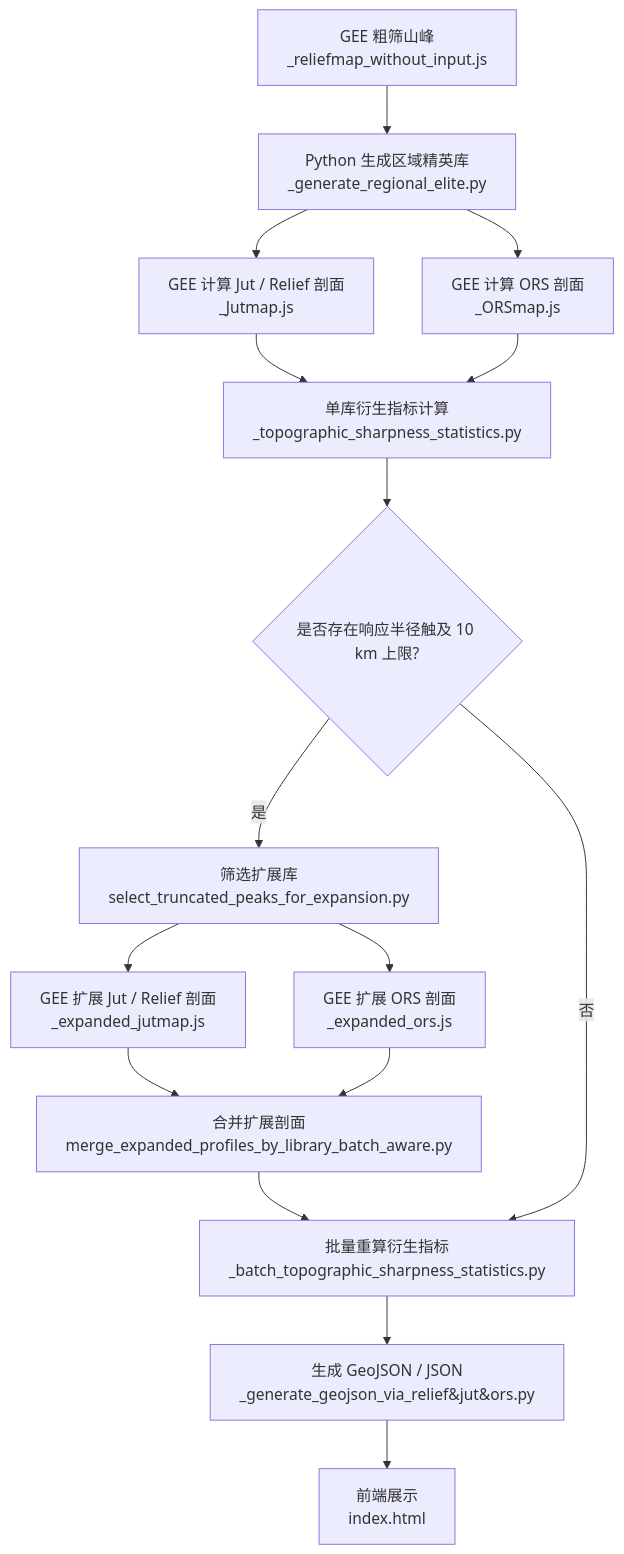
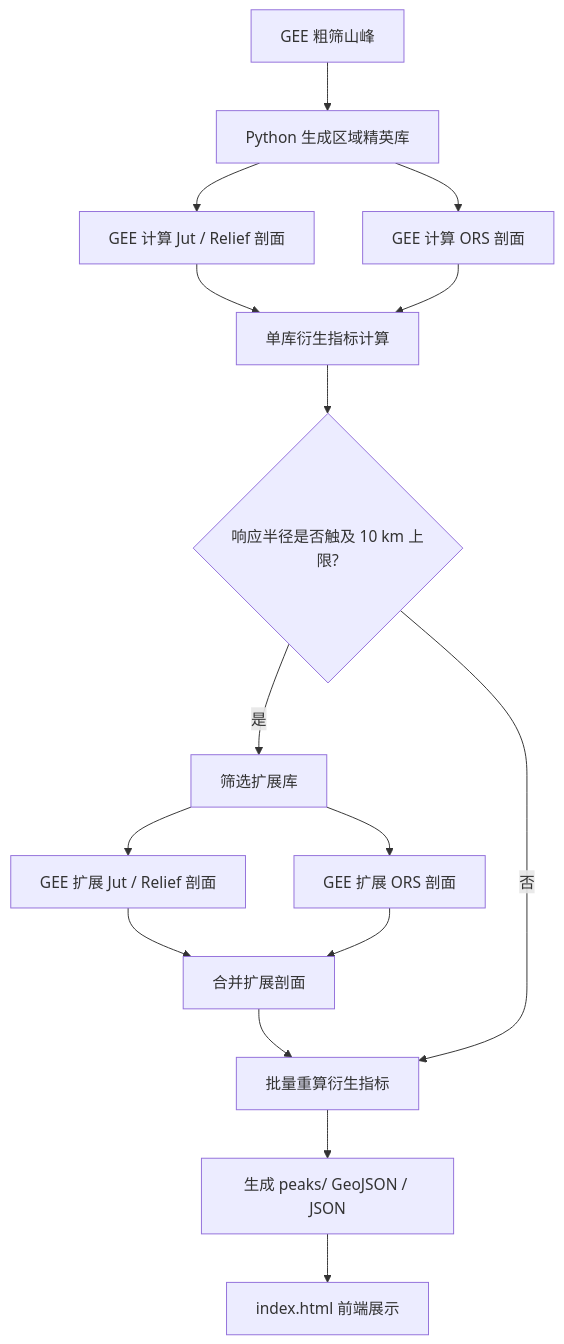
Before and after one commit to Survinian/RJA-Peaks: the first of 2 diagrams in README.md, drawn with Mermaid. The commit also changed other lines of this file and 86 other files, not shown here.

````diff
--- a/README.md
+++ b/README.md
@@ -65,18 +124,18 @@
 ```mermaid
 flowchart TD
-  A[GEE 粗筛山峰<br/>_reliefmap_without_input.js] --> B[Python 生成区域精英库<br/>_generate_regional_elite.py]
-  B --> C1[GEE 计算 Jut / Relief 剖面<br/>_Jutmap.js]
-  B --> C2[GEE 计算 ORS 剖面<br/>_ORSmap.js]
-  C1 --> D[单库衍生指标计算<br/>_topographic_sharpness_statistics.py]
+  A[GEE 粗筛山峰] --> B[Python 生成区域精英库]
+  B --> C1[GEE 计算 Jut / Relief 剖面]
+  B --> C2[GEE 计算 ORS 剖面]
+  C1 --> D[单库衍生指标计算]
   C2 --> D
-  D --> E{是否存在响应半径触及 10 km 上限?}
-  E -- 是 --> F[筛选扩展库<br/>select_truncated_peaks_for_expansion.py]
-  F --> G1[GEE 扩展 Jut / Relief 剖面<br/>_expanded_jutmap.js]
-  F --> G2[GEE 扩展 ORS 剖面<br/>_expanded_ors.js]
-  G1 --> H[合并扩展剖面<br/>merge_expanded_profiles_by_library_batch_aware.py]
+  D --> E{响应半径是否触及 10 km 上限?}
+  E -- 是 --> F[筛选扩展库]
+  F --> G1[GEE 扩展 Jut / Relief 剖面]
+  F --> G2[GEE 扩展 ORS 剖面]
+  G1 --> H[合并扩展剖面]
   G2 --> H
-  H --> I[批量重算衍生指标<br/>_batch_topographic_sharpness_statistics.py]
+  H --> I[批量重算衍生指标]
   E -- 否 --> I
-  I --> J[生成 GeoJSON / JSON<br/>_generate_geojson_via_relief&jut&ors.py]
-  J --> K[前端展示<br/>index.html]
+  I --> J[生成 peaks/ GeoJSON / JSON]
+  J --> K[index.html 前端展示]
 ```
````
